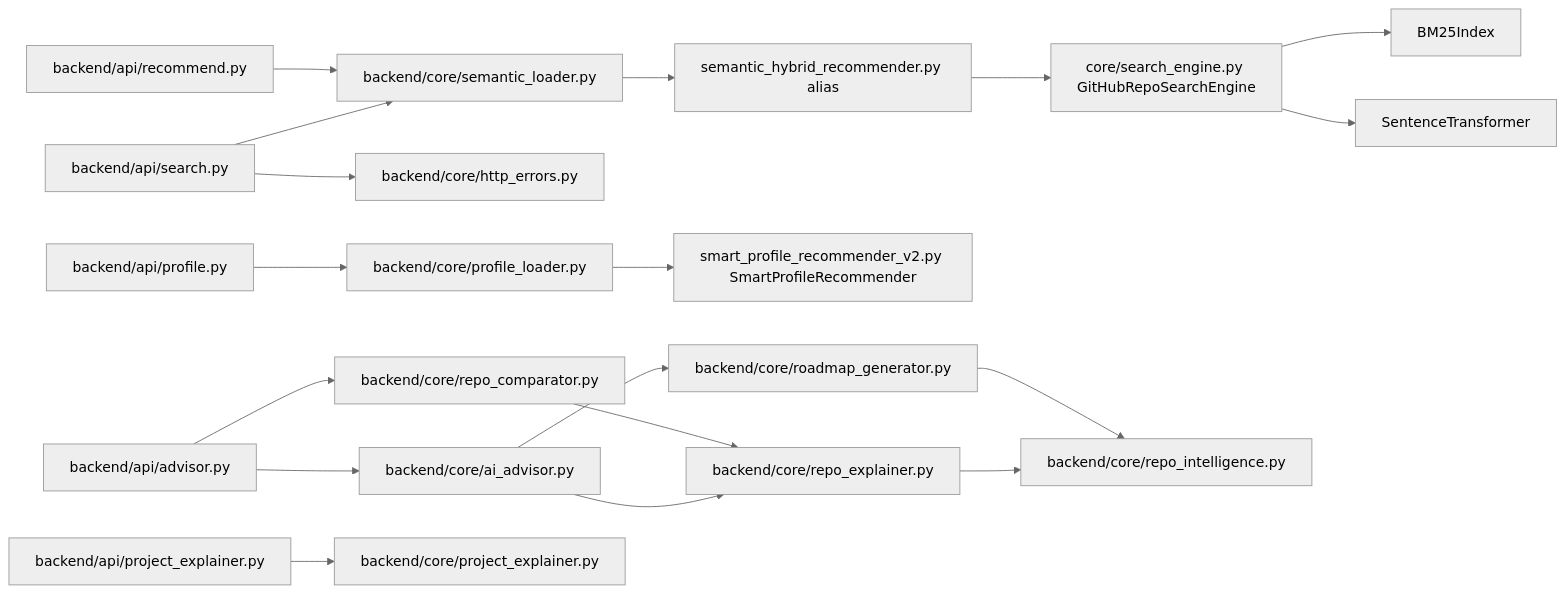
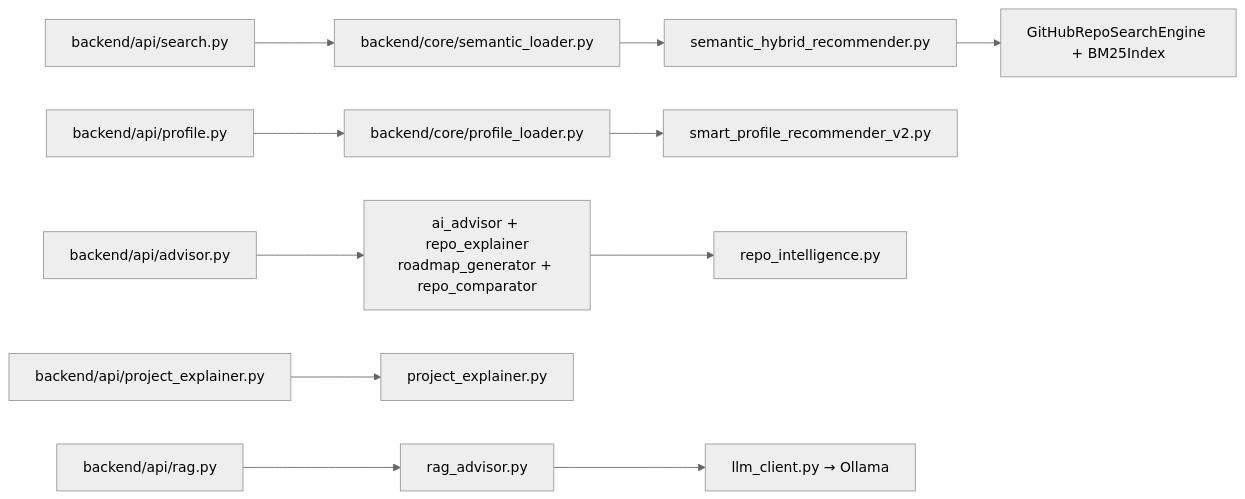
The second of 2 diagrams in docs/ARCHITECTURE.md (wildkemo/ir-project), drawn with Mermaid (neutral theme) before and after one commit. The commit also changed other lines of this file and 83 other files, not shown here.

````diff
--- a/docs/ARCHITECTURE.md
+++ b/docs/ARCHITECTURE.md
@@ -82,21 +94,17 @@
 ```mermaid
 graph LR
     A[backend/api/search.py] --> B[backend/core/semantic_loader.py]
-    A --> C[backend/core/http_errors.py]
-    B --> D[semantic_hybrid_recommender.py alias]
-    D --> E[core/search_engine.py GitHubRepoSearchEngine]
-    E --> F[BM25Index]
-    E --> G[SentenceTransformer]
+    B --> C[semantic_hybrid_recommender.py]
+    C --> D[GitHubRepoSearchEngine + BM25Index]
 
-    H[backend/api/recommend.py] --> B
-    I[backend/api/profile.py] --> J[backend/core/profile_loader.py]
-    J --> K[smart_profile_recommender_v2.py SmartProfileRecommender]
-    L[backend/api/advisor.py] --> M[backend/core/ai_advisor.py]
-    M --> N[backend/core/repo_explainer.py]
-    M --> O[backend/core/roadmap_generator.py]
-    N --> P[backend/core/repo_intelligence.py]
-    O --> P
-    L --> Q[backend/core/repo_comparator.py]
-    Q --> N
-    R[backend/api/project_explainer.py] --> S[backend/core/project_explainer.py]
+    E[backend/api/profile.py] --> F[backend/core/profile_loader.py]
+    F --> G[smart_profile_recommender_v2.py]
+
+    H[backend/api/advisor.py] --> I[ai_advisor + repo_explainer<br>roadmap_generator + repo_comparator]
+    I --> J[repo_intelligence.py]
+
+    K[backend/api/project_explainer.py] --> L[project_explainer.py]
+
+    M[backend/api/rag.py] --> N[rag_advisor.py]
+    N --> O[llm_client.py → Ollama]
 ```
````
